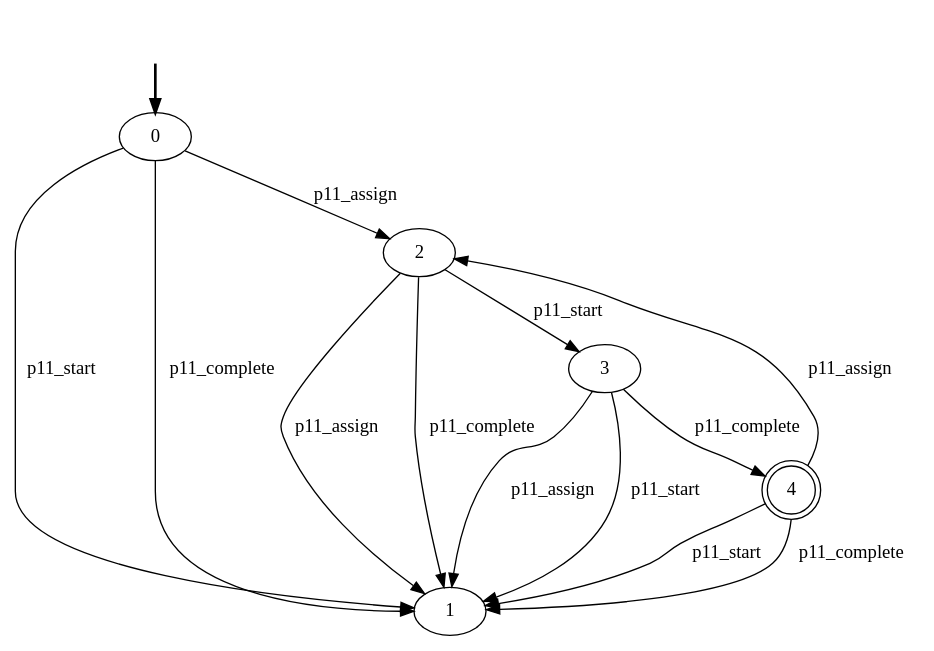
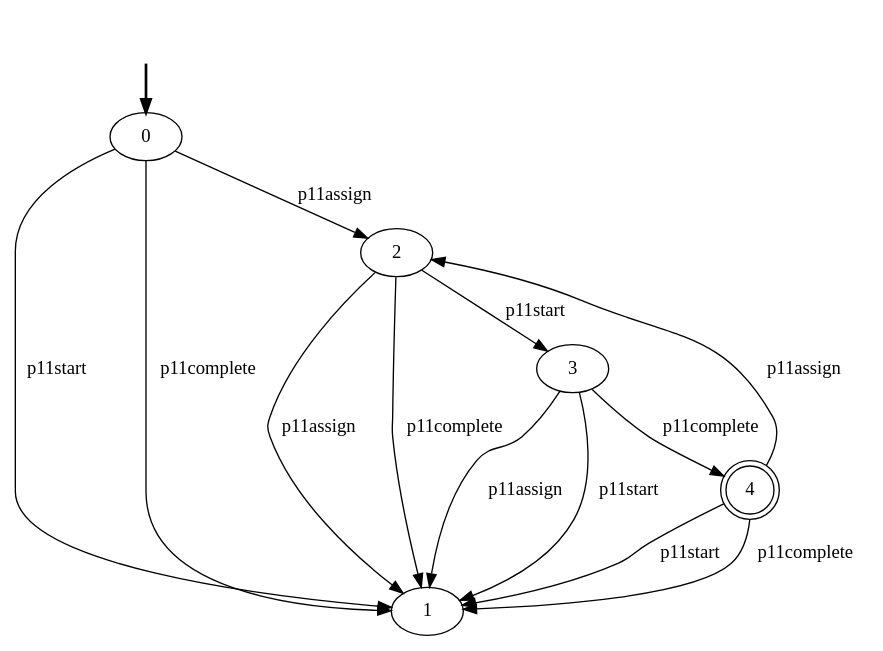
One commit to GianmarcoBordin/pddlTranslator changed the diagram in Plan-based_Data_Aware_Declarative_Conf_Checker/resources/declarative-models/Data-Aware/5-CONSTRAINTS/p11_lifecycle.dot. Above: the diagram before and after it, drawn with Graphviz. The commit also changed 246 other files, not shown here.

```diff
--- a/Plan-based_Data_Aware_Declarative_Conf_Checker/resources/declarative-models/Data-Aware/5-CONSTRAINTS/p11_lifecycle.dot
+++ b/Plan-based_Data_Aware_Declarative_Conf_Checker/resources/declarative-models/Data-Aware/5-CONSTRAINTS/p11_lifecycle.dot
@@ -1,21 +1,21 @@
 digraph {
-		fake0 [style=invisible]
-		0 [root=true]
-		1
-		2
-		3
-		4 [shape=doublecircle]
-		fake0 -> 0 [style=bold]
-		2 -> 1 [label=p11_assign]
-		2 -> 3 [label=p11_start]
-		2 -> 1 [label=p11_complete]
-		3 -> 1 [label=p11_assign]
-		3 -> 1 [label=p11_start]
-		3 -> 4 [label=p11_complete]
-		4 -> 2 [label=p11_assign]
-		4 -> 1 [label=p11_start]
-		4 -> 1 [label=p11_complete]
-		0 -> 2 [label=p11_assign]
-		0 -> 1 [label=p11_start]
-		0 -> 1 [label=p11_complete]
+	fake0 [style=invisible]
+	0 [root=true]
+	1
+	2
+	3
+	4 [shape=doublecircle]
+	fake0 -> 0 [style=bold]
+	2 -> 1 [label=p11assign]
+	2 -> 3 [label=p11start]
+	2 -> 1 [label=p11complete]
+	3 -> 1 [label=p11assign]
+	3 -> 1 [label=p11start]
+	3 -> 4 [label=p11complete]
+	4 -> 2 [label=p11assign]
+	4 -> 1 [label=p11start]
+	4 -> 1 [label=p11complete]
+	0 -> 2 [label=p11assign]
+	0 -> 1 [label=p11start]
+	0 -> 1 [label=p11complete]
 }
```
